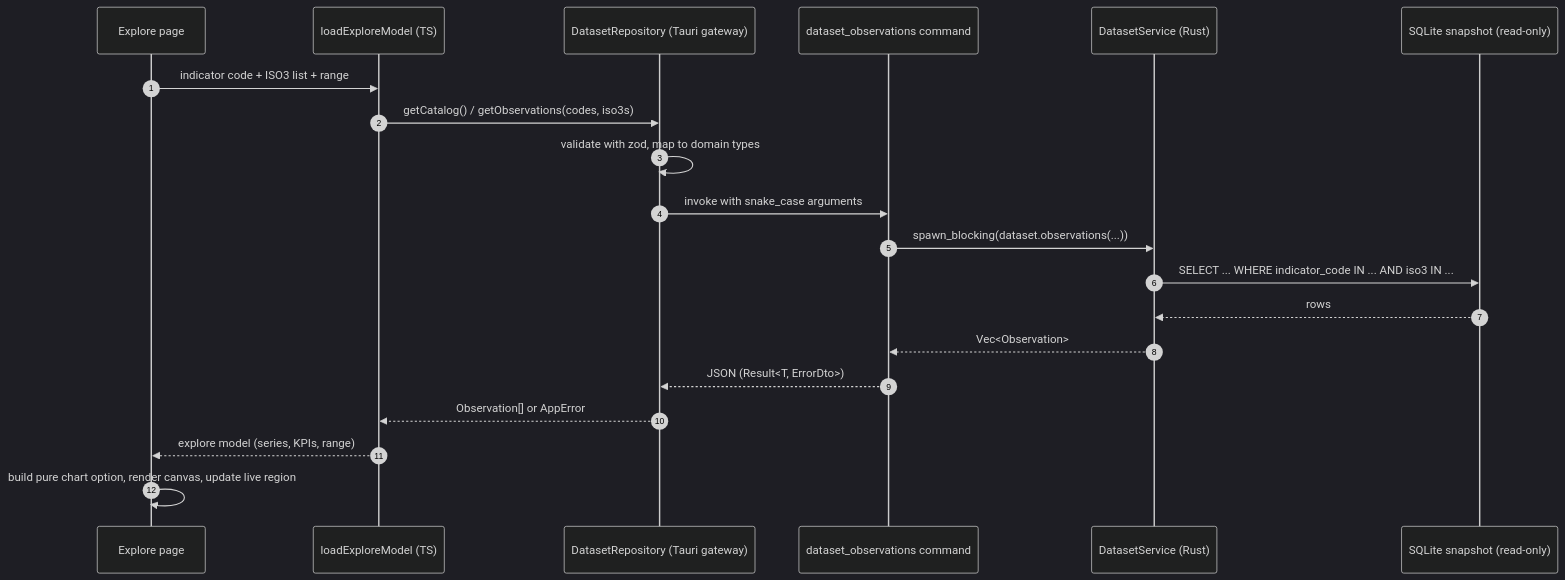
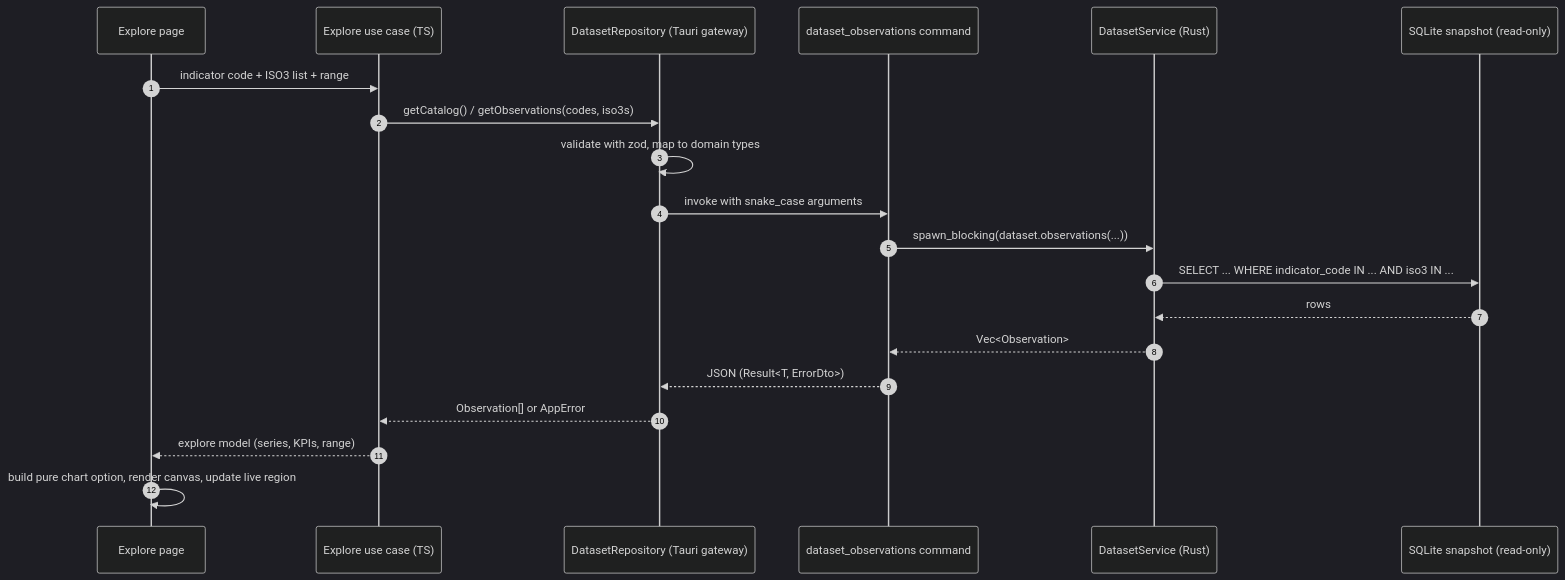
The second of 3 diagrams in docs/ARCHITECTURE.md (Eduardo12Pacheco/ecuador-indicators-desktop), drawn with Mermaid (dark theme) before and after one commit. The commit also changed 3 other files, not shown here.

````diff
--- a/docs/ARCHITECTURE.md
+++ b/docs/ARCHITECTURE.md
@@ -136,22 +136,22 @@
 ```mermaid
 sequenceDiagram
   autonumber
   participant UI as Explore page
-  participant UC as loadExploreModel (TS)
+  participant UC as Explore use case (TS)
   participant GW as DatasetRepository (Tauri gateway)
   participant CMD as dataset_observations command
   participant SVC as DatasetService (Rust)
   participant DB as SQLite snapshot (read-only)
   UI->>UC: indicator code + ISO3 list + range
   UC->>GW: getCatalog() / getObservations(codes, iso3s)
   GW->>GW: validate with zod, map to domain types
   GW->>CMD: invoke with snake_case arguments
   CMD->>SVC: spawn_blocking(dataset.observations(...))
   SVC->>DB: SELECT ... WHERE indicator_code IN ... AND iso3 IN ...
   DB-->>SVC: rows
   SVC-->>CMD: Vec<Observation>
   CMD-->>GW: JSON (Result<T, ErrorDto>)
   GW-->>UC: Observation[] or AppError
   UC-->>UI: explore model (series, KPIs, range)
   UI->>UI: build pure chart option, render canvas, update live region
 ```
````
